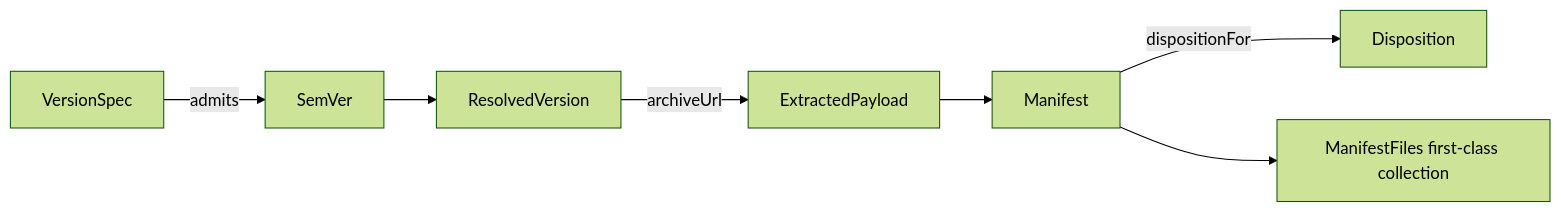
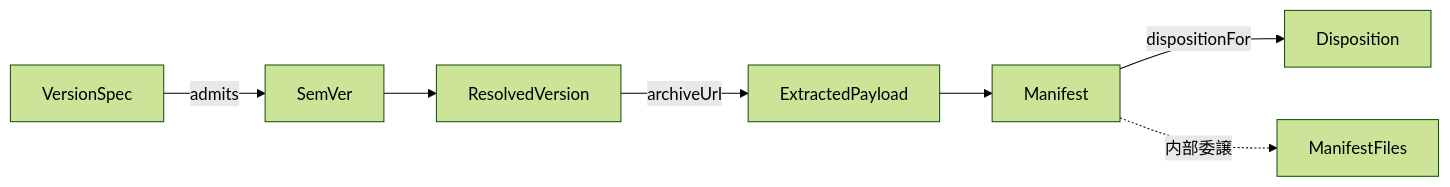
The diagram in amadeus/spaces/default/intents/260708-installer-distribution/construction/setup-foundation/functional-design/domain-entities.md (amadeus-dlc/amadeus), drawn with Mermaid (forest theme) before and after one commit. The commit also changed other lines of this file and 5 other files, not shown here.

````diff
--- a/amadeus/spaces/default/intents/260708-installer-distribution/construction/setup-foundation/functional-design/domain-entities.md
+++ b/amadeus/spaces/default/intents/260708-installer-distribution/construction/setup-foundation/functional-design/domain-entities.md
@@ -164,9 +191,9 @@
 ```mermaid
 flowchart LR
   VS[VersionSpec] -->|admits| SV[SemVer]
   SV --> RV[ResolvedVersion]
   RV -->|archiveUrl| EP[ExtractedPayload]
   EP --> MF[Manifest]
   MF -->|dispositionFor| DP[Disposition]
-  MF --> MFS[ManifestFiles first-class collection]
+  MF -.内部委譲.-> MFS[ManifestFiles]
 ```
````
